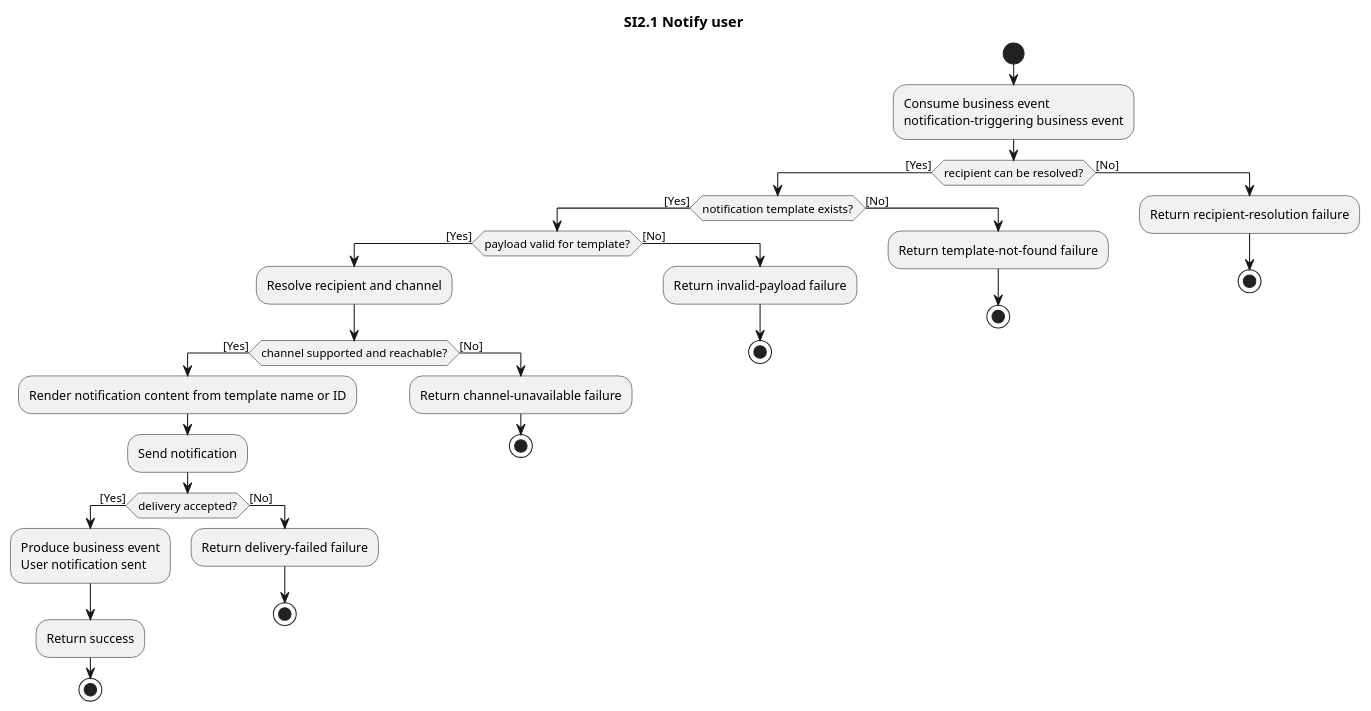
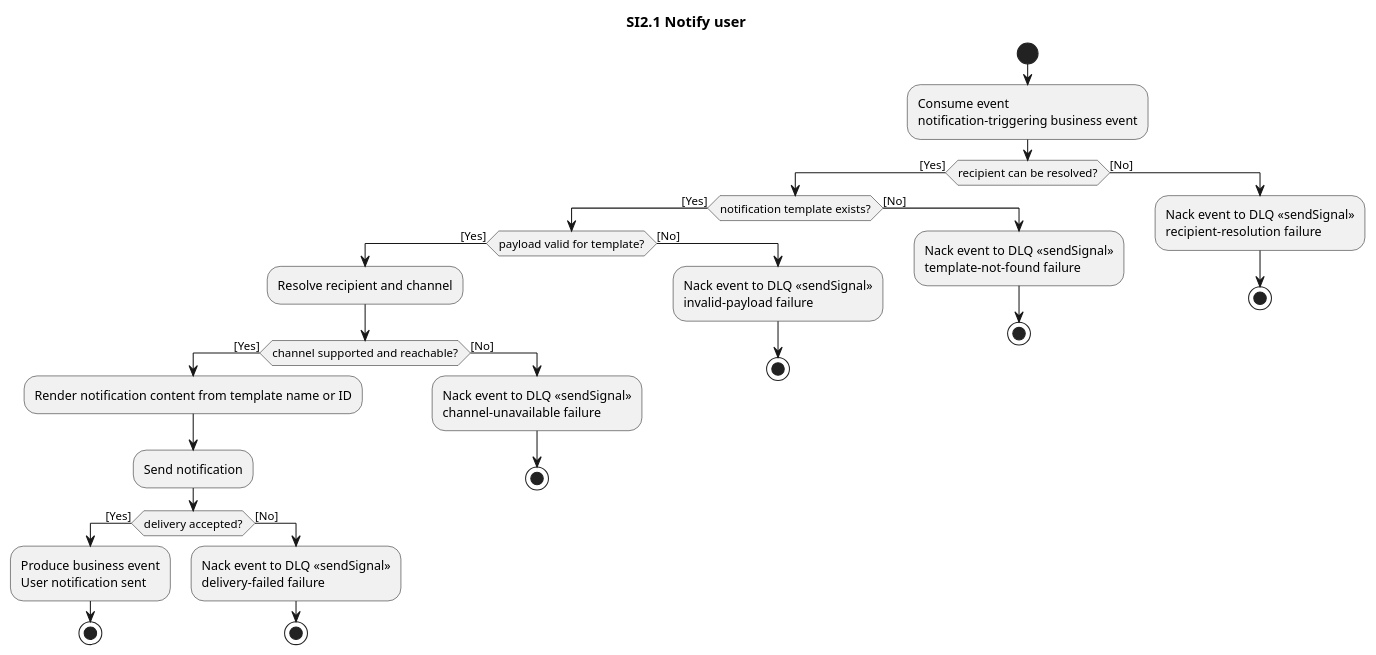
The diagram in docs/business/system-interactions/diagrams/si2.1-notify-user.pu (ottolote/fixme), drawn with PlantUML before and after one commit. The commit also changed 20 other files, not shown here.

Commit message:
currectly show consuming/producing events in system interaction diagrams

```diff
--- a/docs/business/system-interactions/diagrams/si2.1-notify-user.pu
+++ b/docs/business/system-interactions/diagrams/si2.1-notify-user.pu
@@ -1,41 +1,45 @@
 @startuml si2.1-notify-user
 title SI2.1 Notify user
 
 start
-:Consume business event
-notification-triggering business event;
+:Consume event
+notification-triggering business event; <<acceptEvent>>
 
 if (recipient can be resolved?) then ([Yes])
   if (notification template exists?) then ([Yes])
     if (payload valid for template?) then ([Yes])
       :Resolve recipient and channel;
       if (channel supported and reachable?) then ([Yes])
         :Render notification content from template name or ID;
         :Send notification;
         if (delivery accepted?) then ([Yes])
           :Produce business event
-User notification sent;
-          :Return success;
+User notification sent; <<sendSignal>>
           stop
         else ([No])
-          :Return delivery-failed failure;
+          :Nack event to DLQ <<sendSignal>>
+delivery-failed failure;
           stop
         endif
       else ([No])
-        :Return channel-unavailable failure;
+        :Nack event to DLQ <<sendSignal>>
+channel-unavailable failure;
         stop
       endif
     else ([No])
-      :Return invalid-payload failure;
+      :Nack event to DLQ <<sendSignal>>
+invalid-payload failure;
       stop
     endif
   else ([No])
-    :Return template-not-found failure;
+    :Nack event to DLQ <<sendSignal>>
+template-not-found failure;
     stop
   endif
 else ([No])
-  :Return recipient-resolution failure;
+  :Nack event to DLQ <<sendSignal>>
+recipient-resolution failure;
   stop
 endif
 
 @enduml
```
